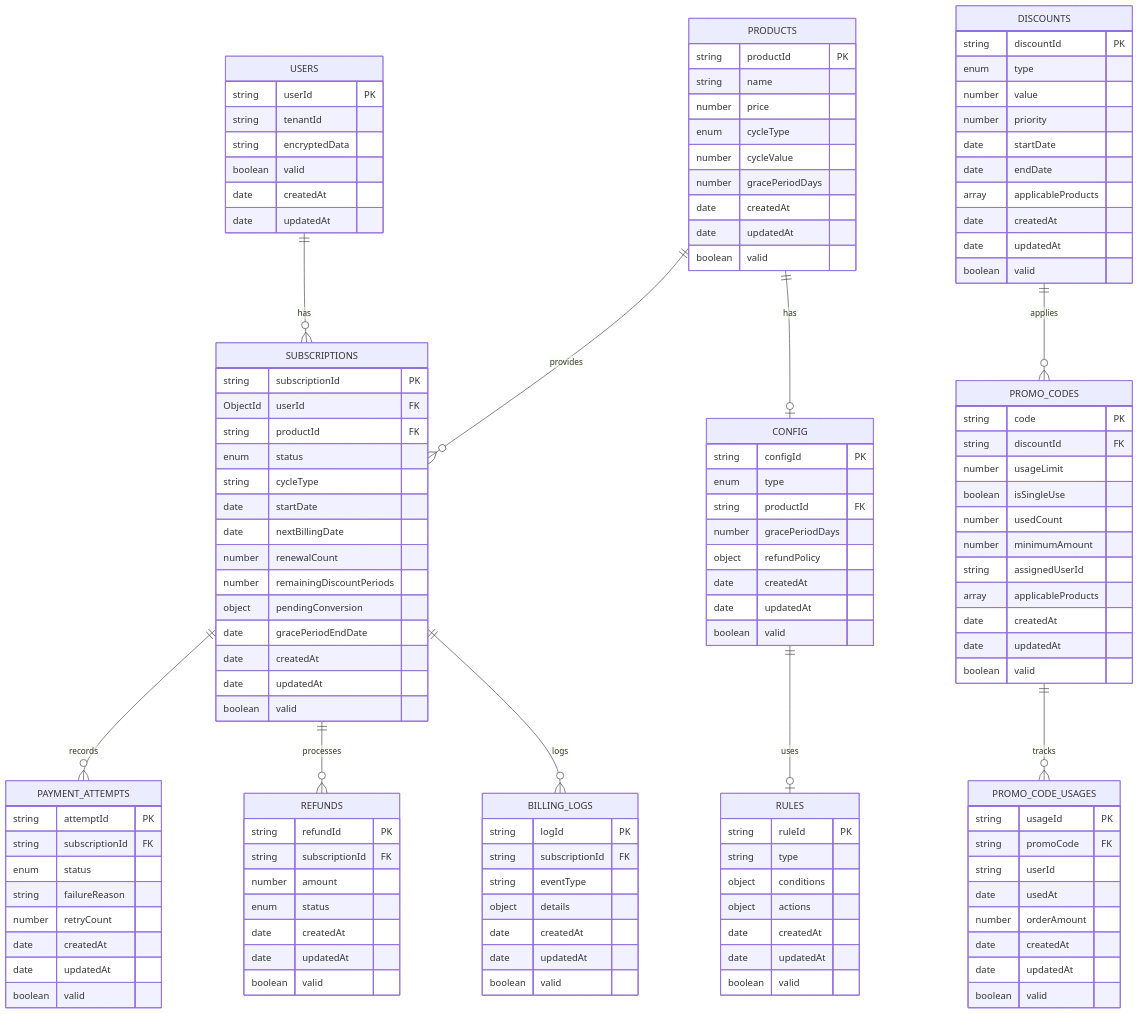
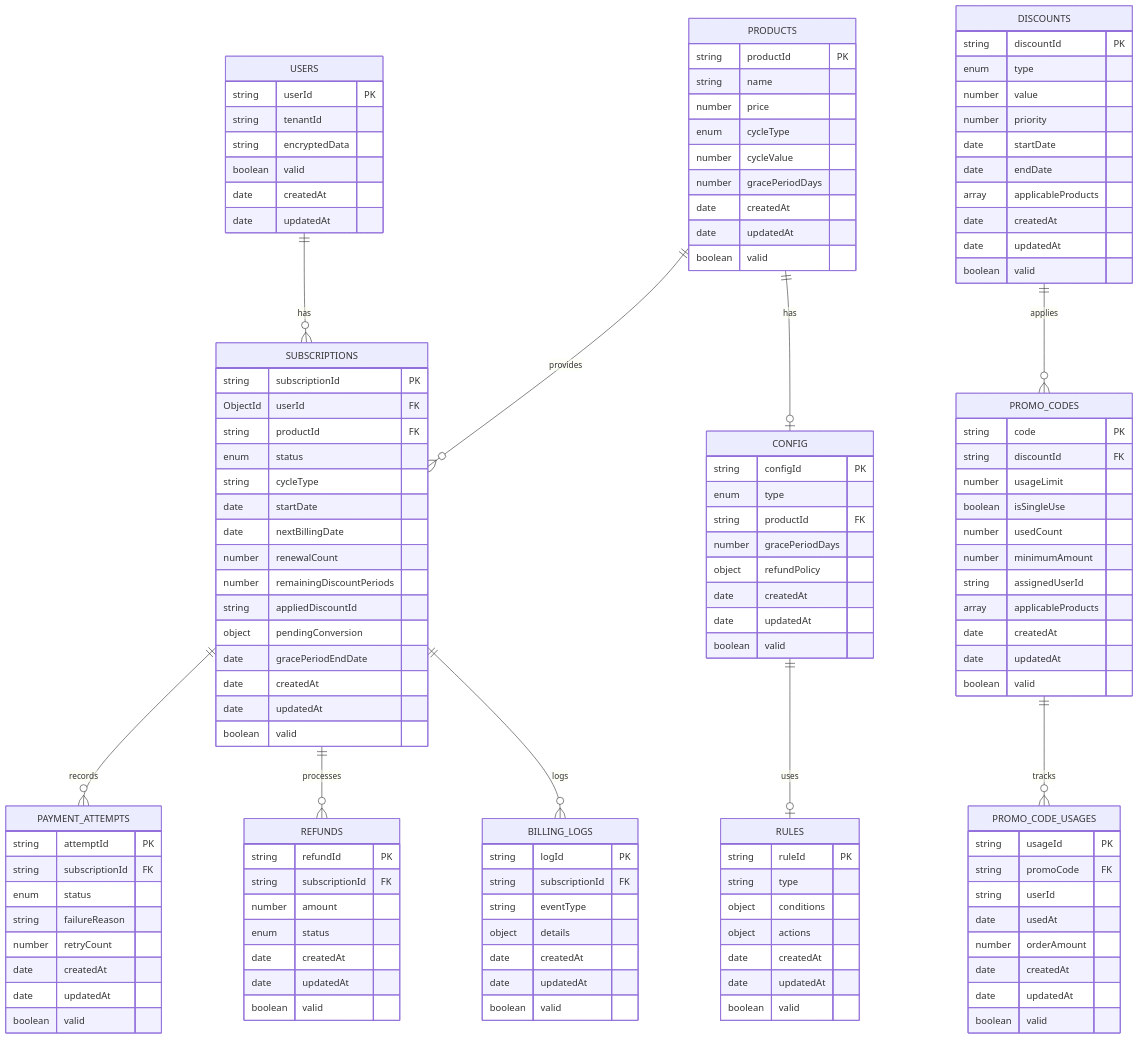
The second of 11 diagrams in docs/docs_0_7/billingBot_v0.7.1_system_design.markdown (xxxhand/auto-billing-bot), drawn with Mermaid before and after one commit. The commit also changed other lines of this file and 15 other files, not shown here.

```diff
--- a/docs/docs_0_7/billingBot_v0.7.1_system_design.markdown
+++ b/docs/docs_0_7/billingBot_v0.7.1_system_design.markdown
@@ -252,6 +253,7 @@
         date nextBillingDate
         number renewalCount
         number remainingDiscountPeriods
+        string appliedDiscountId
         object pendingConversion
         date gracePeriodEndDate
         date createdAt
```
